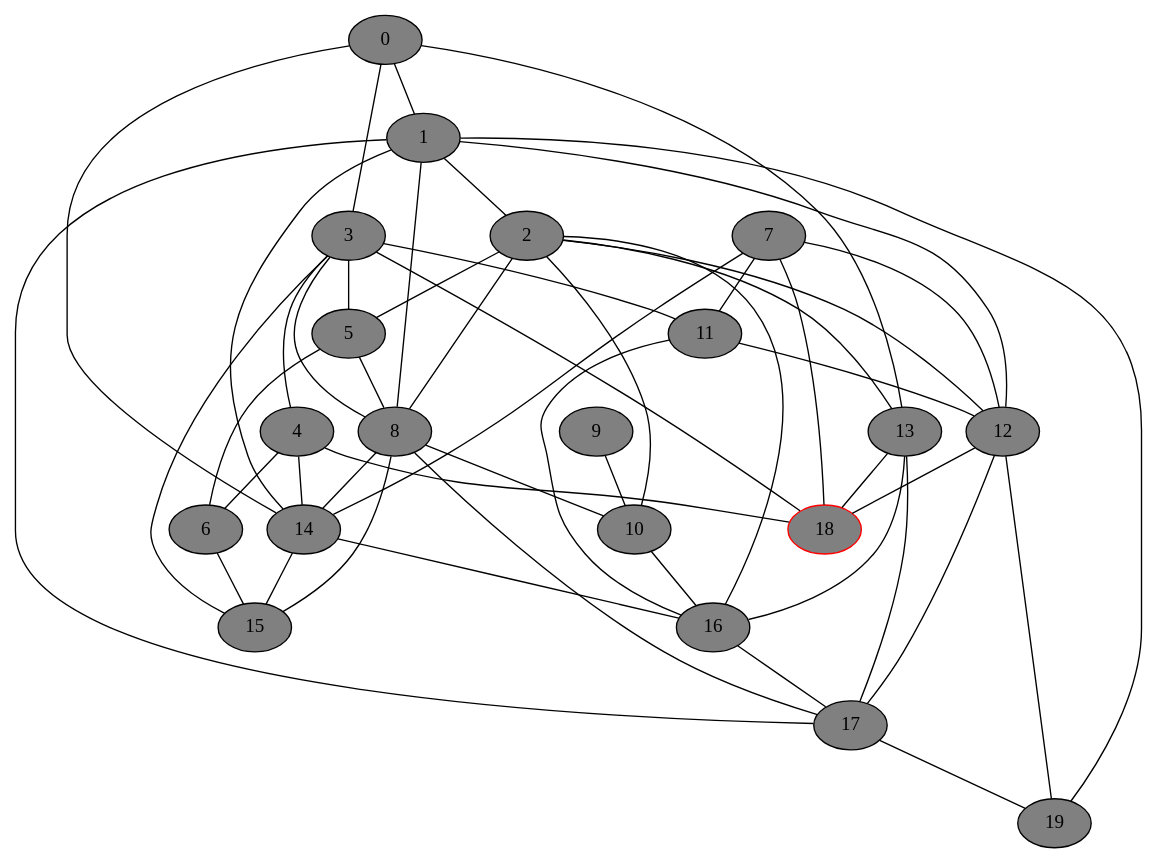
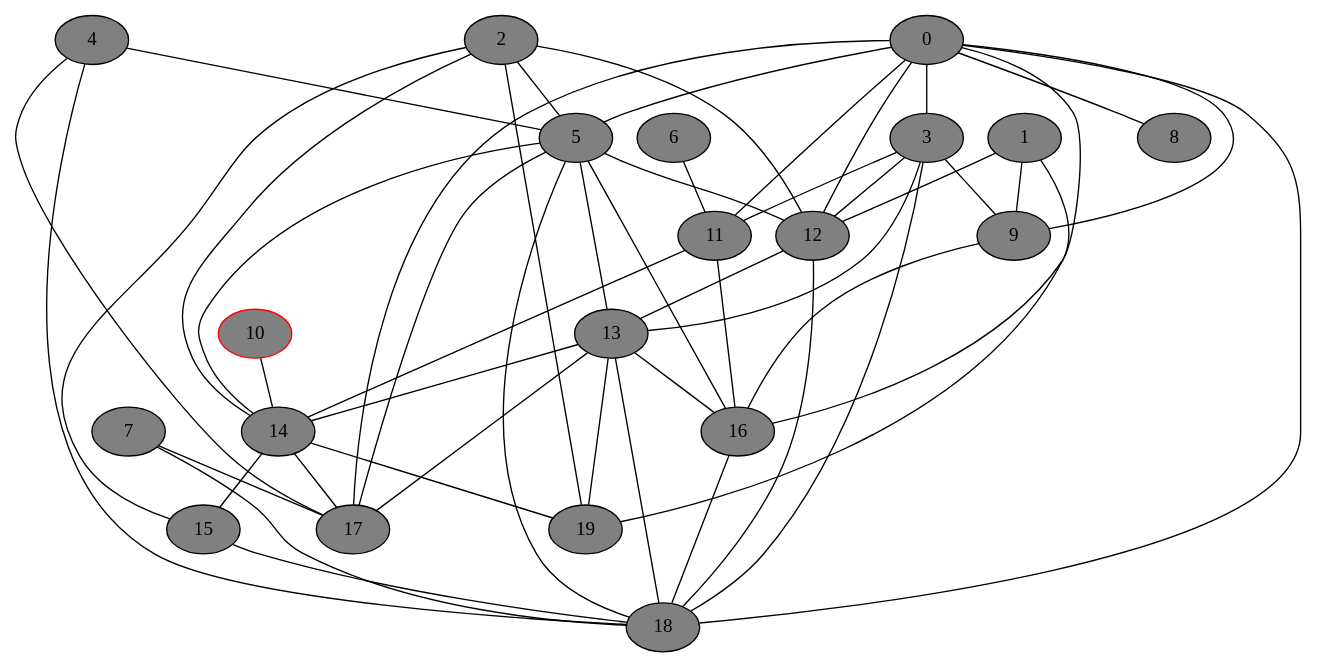
The diagram in gv_graphs/nxt0076.dot (DSMishler/EBA_models), drawn with Graphviz before and after one commit. The commit also changed 704 other files, not shown here.

```diff
--- a/gv_graphs/nxt0076.dot
+++ b/gv_graphs/nxt0076.dot
@@ -1,74 +1,74 @@
 // network test graph
 digraph
 {
 	0 [fillcolor=gray,style=filled,]
 	1 [fillcolor=gray,style=filled,]
 	2 [fillcolor=gray,style=filled,]
 	3 [fillcolor=gray,style=filled,]
 	4 [fillcolor=gray,style=filled,]
 	5 [fillcolor=gray,style=filled,]
 	6 [fillcolor=gray,style=filled,]
 	7 [fillcolor=gray,style=filled,]
 	8 [fillcolor=gray,style=filled,]
 	9 [fillcolor=gray,style=filled,]
-	10 [fillcolor=gray,style=filled,]
+	10 [fillcolor=gray,style=filled,color=red,]
 	11 [fillcolor=gray,style=filled,]
 	12 [fillcolor=gray,style=filled,]
 	13 [fillcolor=gray,style=filled,]
 	14 [fillcolor=gray,style=filled,]
 	15 [fillcolor=gray,style=filled,]
 	16 [fillcolor=gray,style=filled,]
 	17 [fillcolor=gray,style=filled,]
-	18 [fillcolor=gray,style=filled,color=red,]
+	18 [fillcolor=gray,style=filled,]
 	19 [fillcolor=gray,style=filled,]
-	0 -> 1 [dir=none]
 	0 -> 3 [dir=none]
-	0 -> 13 [dir=none]
-	0 -> 14 [dir=none]
-	1 -> 2 [dir=none]
-	1 -> 8 [dir=none]
+	0 -> 5 [dir=none]
+	0 -> 8 [dir=none]
+	0 -> 9 [dir=none]
+	0 -> 11 [dir=none]
+	0 -> 12 [dir=none]
+	0 -> 16 [dir=none]
+	0 -> 17 [dir=none]
+	0 -> 18 [dir=none]
+	1 -> 9 [dir=none]
 	1 -> 12 [dir=none]
-	1 -> 14 [dir=none]
-	1 -> 17 [dir=none]
 	1 -> 19 [dir=none]
 	2 -> 5 [dir=none]
-	2 -> 8 [dir=none]
-	2 -> 10 [dir=none]
 	2 -> 12 [dir=none]
-	2 -> 13 [dir=none]
-	2 -> 16 [dir=none]
-	3 -> 4 [dir=none]
-	3 -> 5 [dir=none]
-	3 -> 8 [dir=none]
+	2 -> 14 [dir=none]
+	2 -> 15 [dir=none]
+	2 -> 19 [dir=none]
+	3 -> 9 [dir=none]
 	3 -> 11 [dir=none]
-	3 -> 15 [dir=none]
+	3 -> 12 [dir=none]
+	3 -> 13 [dir=none]
 	3 -> 18 [dir=none]
-	4 -> 6 [dir=none]
-	4 -> 14 [dir=none]
+	4 -> 5 [dir=none]
+	4 -> 17 [dir=none]
 	4 -> 18 [dir=none]
-	5 -> 6 [dir=none]
-	5 -> 8 [dir=none]
-	6 -> 15 [dir=none]
-	7 -> 11 [dir=none]
-	7 -> 12 [dir=none]
-	7 -> 14 [dir=none]
+	5 -> 12 [dir=none]
+	5 -> 13 [dir=none]
+	5 -> 14 [dir=none]
+	5 -> 16 [dir=none]
+	5 -> 17 [dir=none]
+	5 -> 18 [dir=none]
+	6 -> 11 [dir=none]
+	7 -> 17 [dir=none]
 	7 -> 18 [dir=none]
-	8 -> 10 [dir=none]
-	8 -> 14 [dir=none]
-	8 -> 15 [dir=none]
-	8 -> 17 [dir=none]
-	9 -> 10 [dir=none]
-	10 -> 16 [dir=none]
-	11 -> 12 [dir=none]
+	9 -> 16 [dir=none]
+	10 -> 14 [dir=none]
+	11 -> 14 [dir=none]
 	11 -> 16 [dir=none]
-	12 -> 17 [dir=none]
+	12 -> 13 [dir=none]
 	12 -> 18 [dir=none]
-	12 -> 19 [dir=none]
+	13 -> 14 [dir=none]
 	13 -> 16 [dir=none]
 	13 -> 17 [dir=none]
 	13 -> 18 [dir=none]
+	13 -> 19 [dir=none]
 	14 -> 15 [dir=none]
-	14 -> 16 [dir=none]
-	16 -> 17 [dir=none]
-	17 -> 19 [dir=none]
+	14 -> 17 [dir=none]
+	14 -> 19 [dir=none]
+	15 -> 18 [dir=none]
+	16 -> 18 [dir=none]
 }
```
